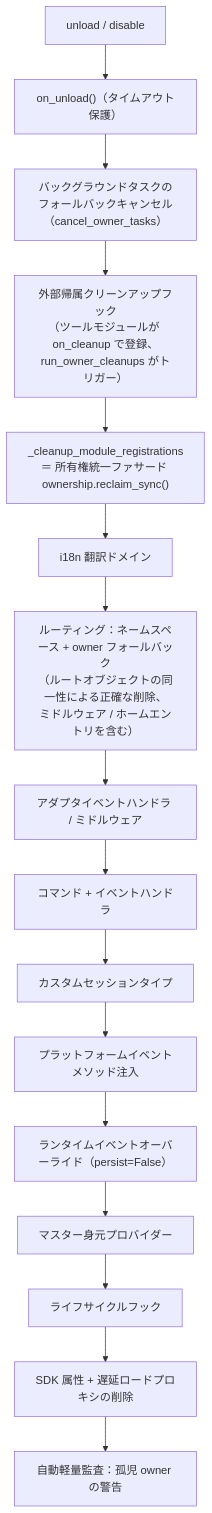
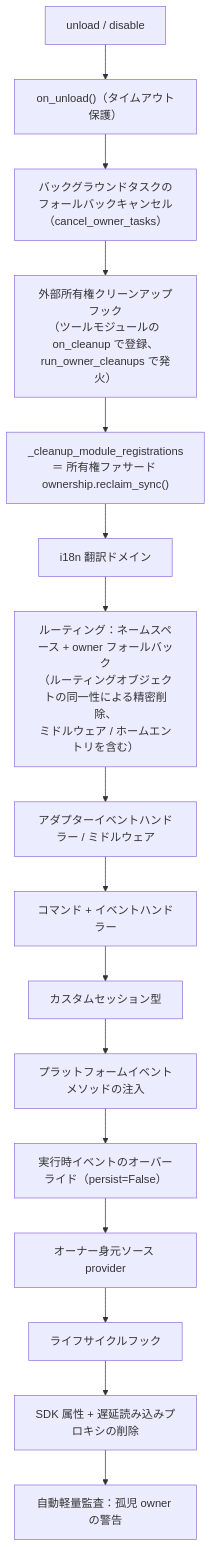
The diagram in docs/ja/advanced/ownership.md (ErisPulse/ErisPulse), drawn with Mermaid before and after one commit. The commit also changed other lines of this file and 105 other files, not shown here.

````diff
--- a/docs/ja/advanced/ownership.md
+++ b/docs/ja/advanced/ownership.md
@@ -94,18 +94,18 @@
 ```mermaid
 flowchart TD
     A["unload / disable"] --> B["on_unload()（タイムアウト保護）"]
     B --> C["バックグラウンドタスクのフォールバックキャンセル（cancel_owner_tasks）"]
-    C --> C1["外部帰属クリーンアップフック<br/>（ツールモジュールが on_cleanup で登録、run_owner_cleanups がトリガー）"]
-    C1 --> D["_cleanup_module_registrations<br/>＝ 所有権統一ファサード ownership.reclaim_sync()"]
+    C --> C1["外部所有権クリーンアップフック<br/>（ツールモジュールの on_cleanup で登録、run_owner_cleanups で発火）"]
+    C1 --> D["_cleanup_module_registrations<br/>＝ 所有権ファサード ownership.reclaim_sync()"]
     D --> D1["i18n 翻訳ドメイン"]
-    D1 --> D2["ルーティング：ネームスペース + owner フォールバック<br/>（ルートオブジェクトの同一性による正確な削除、<br/>ミドルウェア / ホームエントリを含む）"]
-    D2 --> D3["アダプタイベントハンドラ / ミドルウェア"]
-    D3 --> D4["コマンド + イベントハンドラ"]
-    D4 --> D5["カスタムセッションタイプ"]
-    D5 --> D5b["プラットフォームイベントメソッド注入"]
-    D5b --> D6["ランタイムイベントオーバーライド（persist=False）"]
-    D6 --> D7["マスター身元プロバイダー"]
+    D1 --> D2["ルーティング：ネームスペース + owner フォールバック<br/>（ルーティングオブジェクトの同一性による精密削除、<br/>ミドルウェア / ホームエントリを含む）"]
+    D2 --> D3["アダプターイベントハンドラー / ミドルウェア"]
+    D3 --> D4["コマンド + イベントハンドラー"]
+    D4 --> D5["カスタムセッション型"]
+    D5 --> D5b["プラットフォームイベントメソッドの注入"]
+    D5b --> D6["実行時イベントのオーバーライド（persist=False）"]
+    D6 --> D7["オーナー身元ソース provider"]
     D7 --> D8["ライフサイクルフック"]
-    D8 --> E["SDK 属性 + 遅延ロードプロキシの削除"]
+    D8 --> E["SDK 属性 + 遅延読み込みプロキシの削除"]
     E --> F["自動軽量監査：孤児 owner の警告"]
 ```
````
